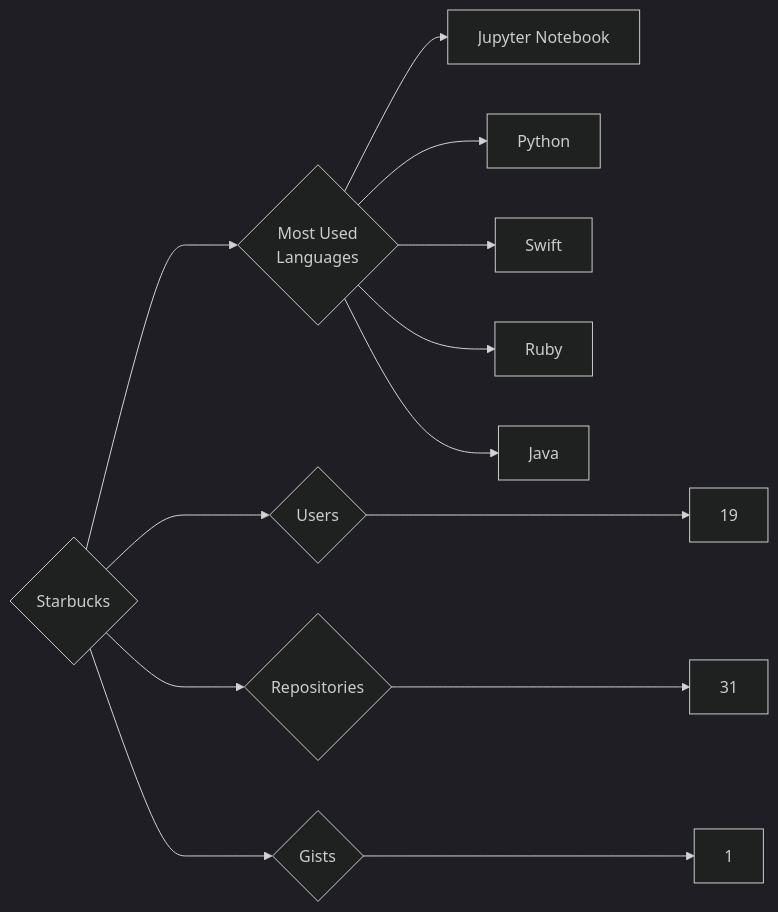
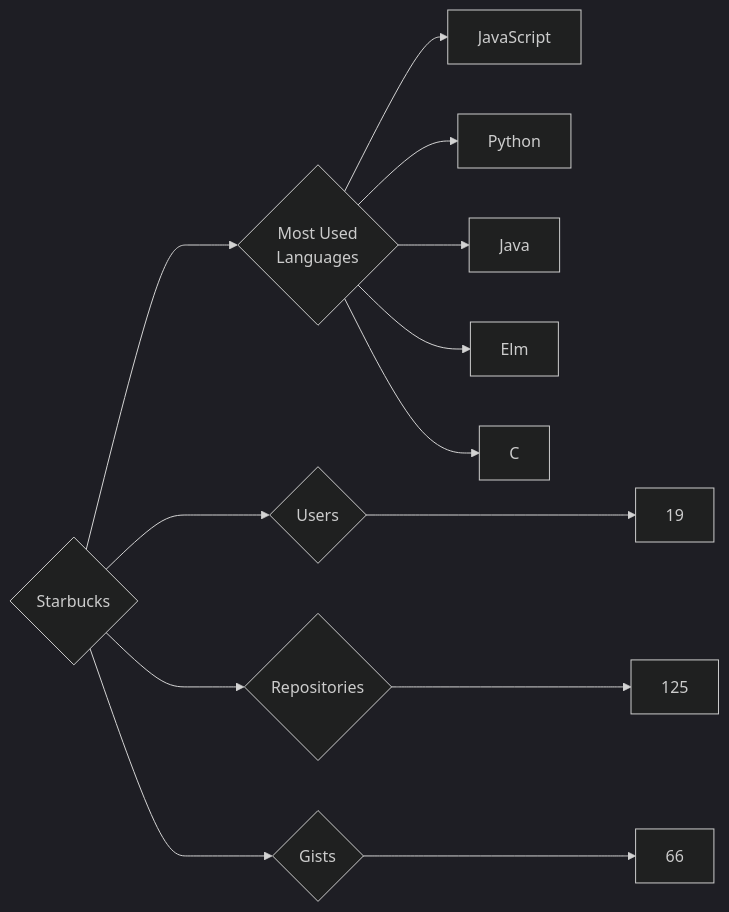
One commit to trickest/insiders changed the diagram in targets/Starbucks/README.md. Above: the diagram before and after it, drawn with Mermaid (dark theme). The commit also changed 912 other files, not shown here.

````diff
--- a/targets/Starbucks/README.md
+++ b/targets/Starbucks/README.md
@@ -3,13 +3,13 @@
 ```mermaid
 graph LR
 COMPANY_NAME{Starbucks}
 COMPANY_NAME ---> U{Users} ---> UN[19]
-COMPANY_NAME ---> R{Repositories} ---> RN[31]
-COMPANY_NAME ---> G{Gists} ---> GN[1]
+COMPANY_NAME ---> R{Repositories} ---> RN[125]
+COMPANY_NAME ---> G{Gists} ---> GN[66]
 COMPANY_NAME ---> ML{Most Used<br>Languages}
-ML --> Jupyter_Notebook[Jupyter Notebook]
+ML --> JavaScript[JavaScript]
 ML --> Python[Python]
-ML --> Swift[Swift]
-ML --> Ruby[Ruby]
 ML --> Java[Java]
+ML --> Elm[Elm]
+ML --> C[C]
 ```
````
